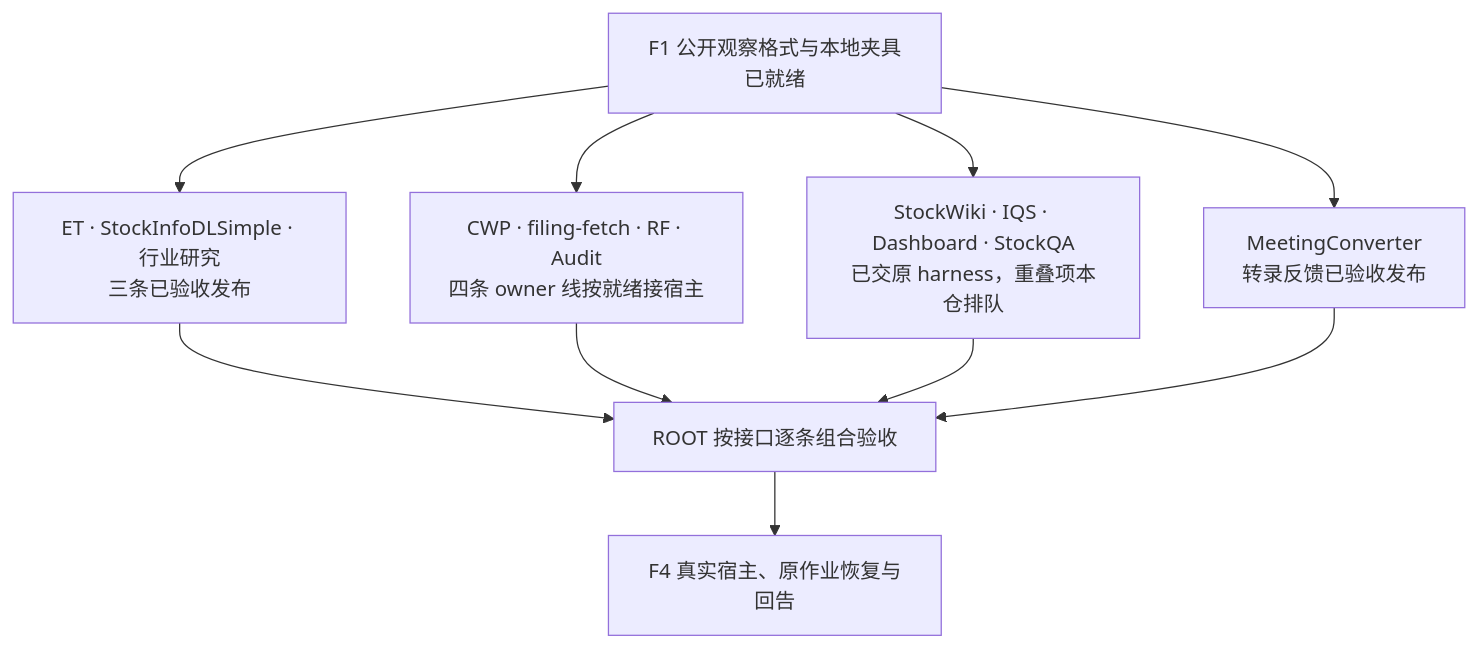
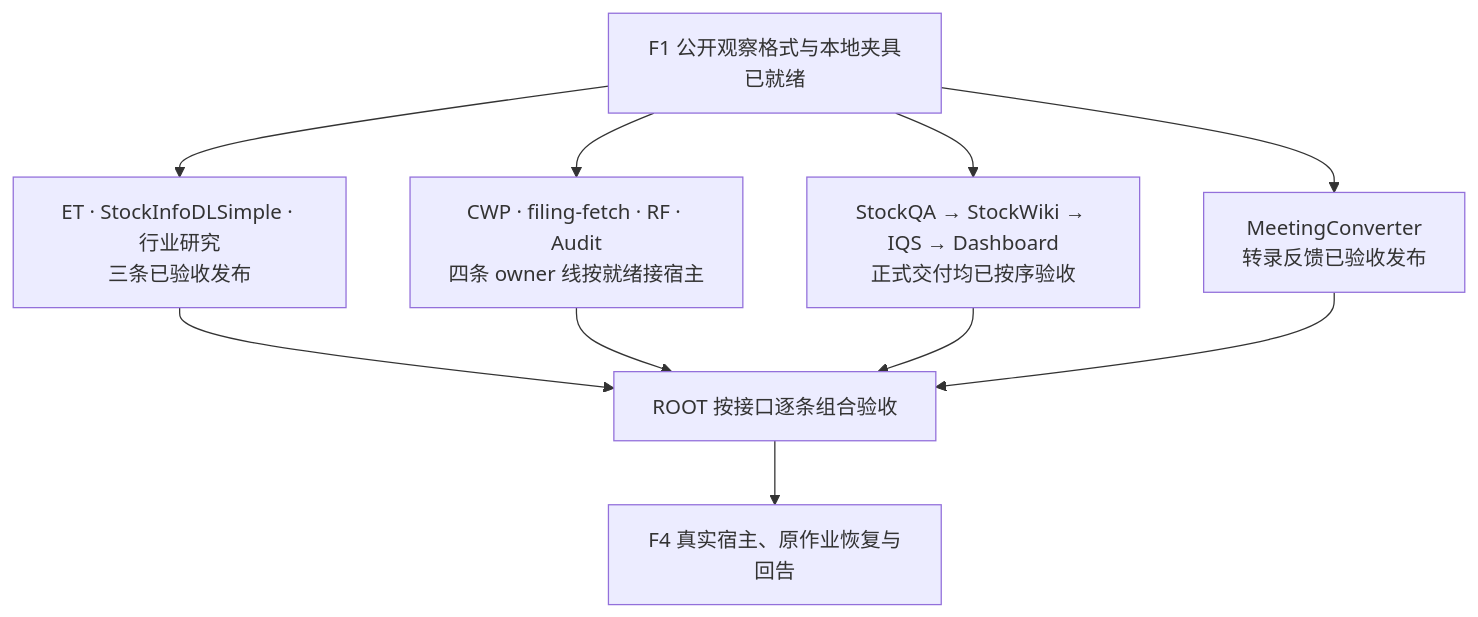
The diagram in docs/plans/feedback-loop-2026-11-17/f2-roadmap.md (zhengcb81/company-wiki), drawn with Mermaid before and after one commit. The commit also changed other lines of this file and 6 other files, not shown here.

````diff
--- a/docs/plans/feedback-loop-2026-11-17/f2-roadmap.md
+++ b/docs/plans/feedback-loop-2026-11-17/f2-roadmap.md
@@ -5,13 +5,13 @@
 ```mermaid
 flowchart TD
     I["F1 公开观察格式与本地夹具已就绪"]
     I --> A["ET · StockInfoDLSimple · 行业研究<br/>三条已验收发布"]
     I --> B["CWP · filing-fetch · RF · Audit<br/>四条 owner 线按就绪接宿主"]
-    I --> C["StockWiki · IQS · Dashboard · StockQA<br/>已交原 harness，重叠项本仓排队"]
+    I --> C["StockQA → StockWiki → IQS → Dashboard<br/>正式交付均已按序验收"]
     I --> D["MeetingConverter<br/>转录反馈已验收发布"]
     A --> J["ROOT 按接口逐条组合验收"]
     B --> J
     C --> J
     D --> J
     J --> L["F4 真实宿主、原作业恢复与回告"]
 ```
````
